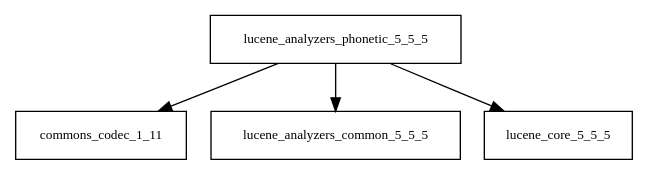
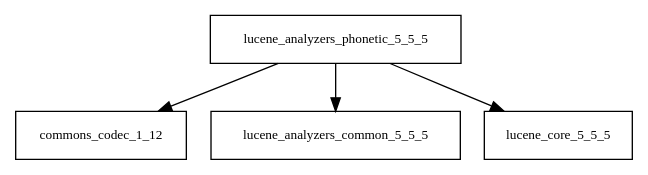
The diagram in tattleTaleReport/graphviz/lucene-analyzers-phonetic-5.5.5.jar/lucene-analyzers-phonetic-5.5.5.jar.dot (Hack23/cia), drawn with Graphviz before and after one commit. The commit also changed 2445 other files, not shown here.

```diff
--- a/tattleTaleReport/graphviz/lucene-analyzers-phonetic-5.5.5.jar/lucene-analyzers-phonetic-5.5.5.jar.dot
+++ b/tattleTaleReport/graphviz/lucene-analyzers-phonetic-5.5.5.jar/lucene-analyzers-phonetic-5.5.5.jar.dot
@@ -1,6 +1,6 @@
 digraph lucene_analyzers_phonetic_5_5_5_dependencies {
   node [shape = box, fontsize=10.0];
-  lucene_analyzers_phonetic_5_5_5 -> commons_codec_1_11;
+  lucene_analyzers_phonetic_5_5_5 -> commons_codec_1_12;
   lucene_analyzers_phonetic_5_5_5 -> lucene_analyzers_common_5_5_5;
   lucene_analyzers_phonetic_5_5_5 -> lucene_core_5_5_5;
 }
```
